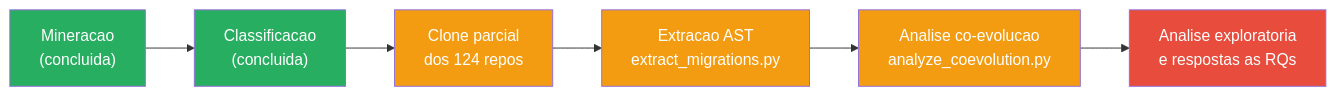
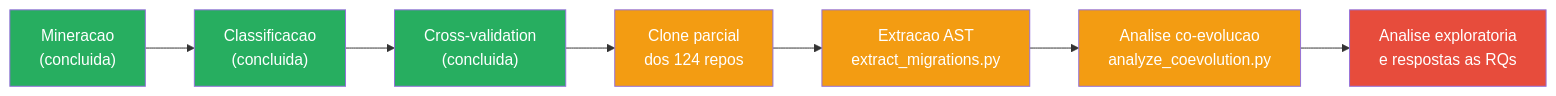
One commit to gabrielrochass/tcc-schema-code-evolution changed diagram 12 of 12 in docs/06-selecao-corpus.md. Above: the diagram before and after it, drawn with Mermaid. The commit also changed other lines of this file and 5 other files, not shown here.

First line of the commit message:
feat: add automated classification with cross-validation

````diff
--- a/docs/06-selecao-corpus.md
+++ b/docs/06-selecao-corpus.md
@@ -348,15 +570,17 @@
 ```mermaid
 flowchart LR
     A["Mineracao\n(concluida)"] --> B["Classificacao\n(concluida)"]
-    B --> C["Clone parcial\ndos 124 repos"]
+    B --> B2["Cross-validation\n(concluida)"]
+    B2 --> C["Clone parcial\ndos 124 repos"]
     C --> D["Extracao AST\nextract_migrations.py"]
     D --> E["Analise co-evolucao\nanalyze_coevolution.py"]
     E --> F["Analise exploratoria\ne respostas as RQs"]
 
     style A fill:#27ae60,color:#fff
     style B fill:#27ae60,color:#fff
+    style B2 fill:#27ae60,color:#fff
     style C fill:#f39c12,color:#fff
     style D fill:#f39c12,color:#fff
     style E fill:#f39c12,color:#fff
     style F fill:#e74c3c,color:#fff
 ```
````
